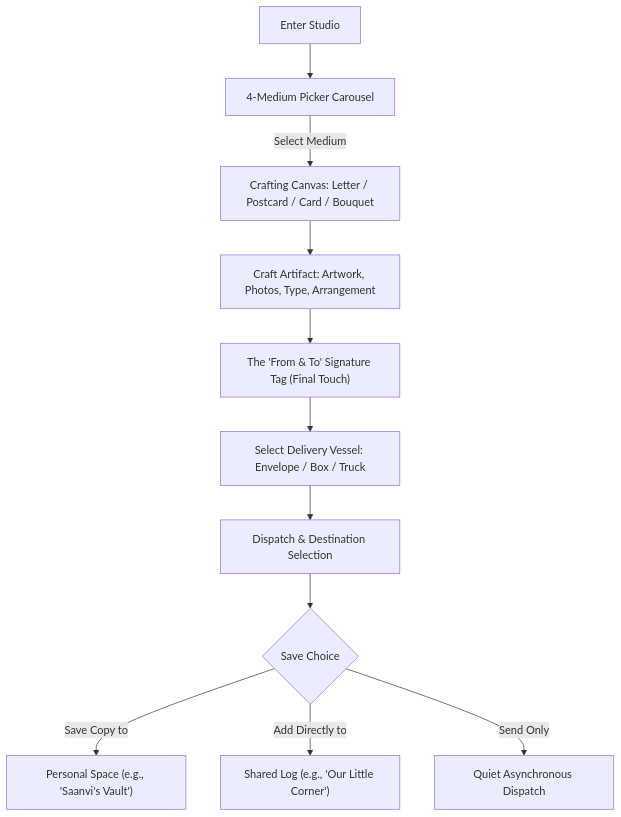
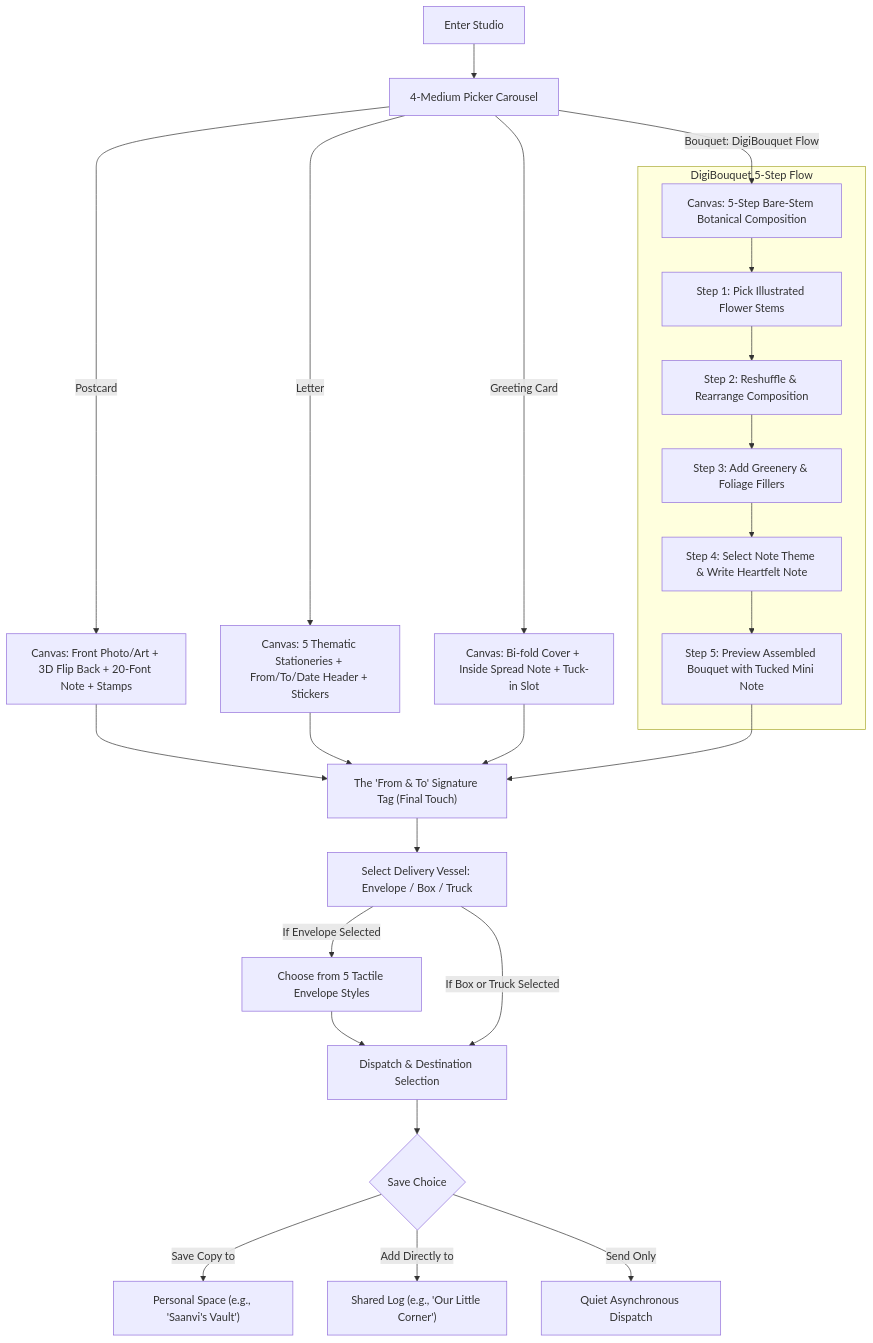
Before and after one commit to NIFT-Information-Architecture-2026/Saanvi_BD-24-N1830: the first of 3 diagrams in WIREFRAMES.md, drawn with Mermaid. The commit also changed other lines of this file and 6 other files, not shown here.

Commit message:
docs(specs): synchronize all markdown documentation with bouquet redesign, letter themes, and delivery vessel specifications

````diff
--- a/WIREFRAMES.md
+++ b/WIREFRAMES.md
@@ -9,13 +9,29 @@
 ```mermaid
 graph TD
     A[Enter Studio] --> B[4-Medium Picker Carousel]
-    B -->|Select Medium| C[Crafting Canvas: Letter / Postcard / Card / Bouquet]
-    C --> D[Craft Artifact: Artwork, Photos, Type, Arrangement]
-    D --> E["The 'From & To' Signature Tag (Final Touch)"]
+    B -->|Postcard| C1[Canvas: Front Photo/Art + 3D Flip Back + 20-Font Note + Stamps]
+    B -->|Letter| C2[Canvas: 5 Thematic Stationeries + From/To/Date Header + Stickers]
+    B -->|Greeting Card| C3[Canvas: Bi-fold Cover + Inside Spread Note + Tuck-in Slot]
+    B -->|Bouquet: DigiBouquet Flow| C4[Canvas: 5-Step Bare-Stem Botanical Composition]
+    
+    subgraph BouquetCreationFlow [DigiBouquet 5-Step Flow]
+        C4 --> BQ1[Step 1: Pick Illustrated Flower Stems]
+        BQ1 --> BQ2[Step 2: Reshuffle & Rearrange Composition]
+        BQ2 --> BQ3[Step 3: Add Greenery & Foliage Fillers]
+        BQ3 --> BQ4[Step 4: Select Note Theme & Write Heartfelt Note]
+        BQ4 --> BQ5[Step 5: Preview Assembled Bouquet with Tucked Mini Note]
+    end
+
+    C1 --> E["The 'From & To' Signature Tag (Final Touch)"]
+    C2 --> E
+    C3 --> E
+    BQ5 --> E
     E --> F[Select Delivery Vessel: Envelope / Box / Truck]
-    F --> G[Dispatch & Destination Selection]
+    F -->|If Envelope Selected| F1[Choose from 5 Tactile Envelope Styles]
+    F1 --> G[Dispatch & Destination Selection]
+    F -->|If Box or Truck Selected| G
     G --> H{"Save Choice"}
     H -->|Save Copy to| I["Personal Space (e.g., 'Saanvi's Vault')"]
     H -->|Add Directly to| J["Shared Log (e.g., 'Our Little Corner')"]
     H -->|Send Only| K[Quiet Asynchronous Dispatch]
 ```
````
